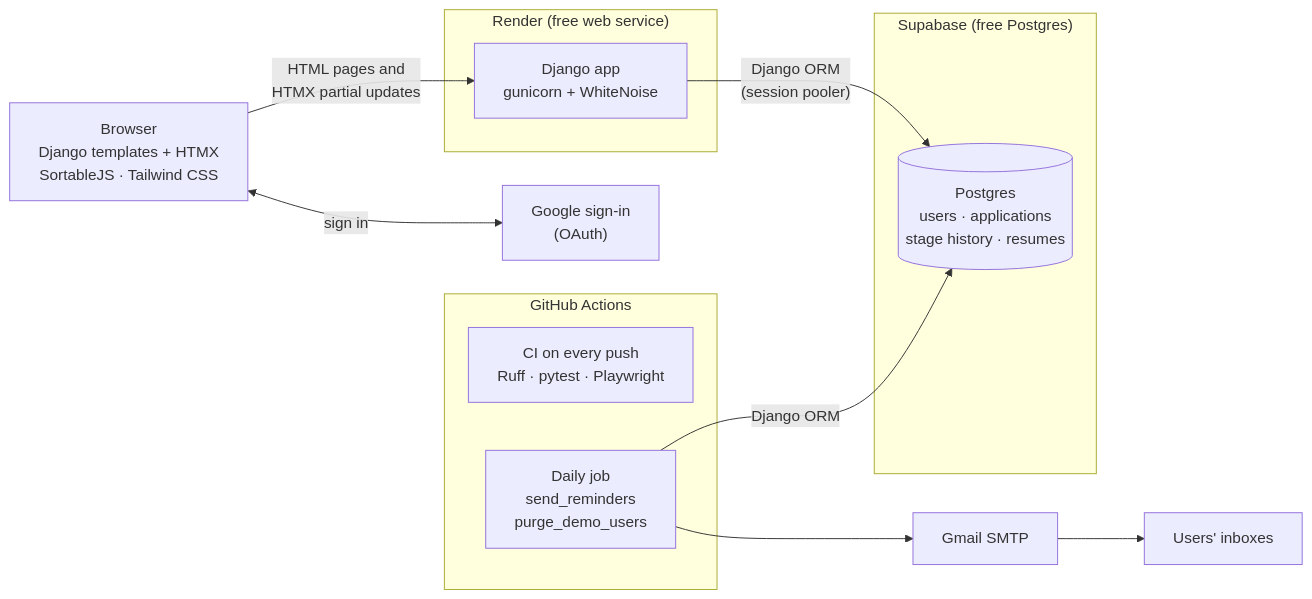
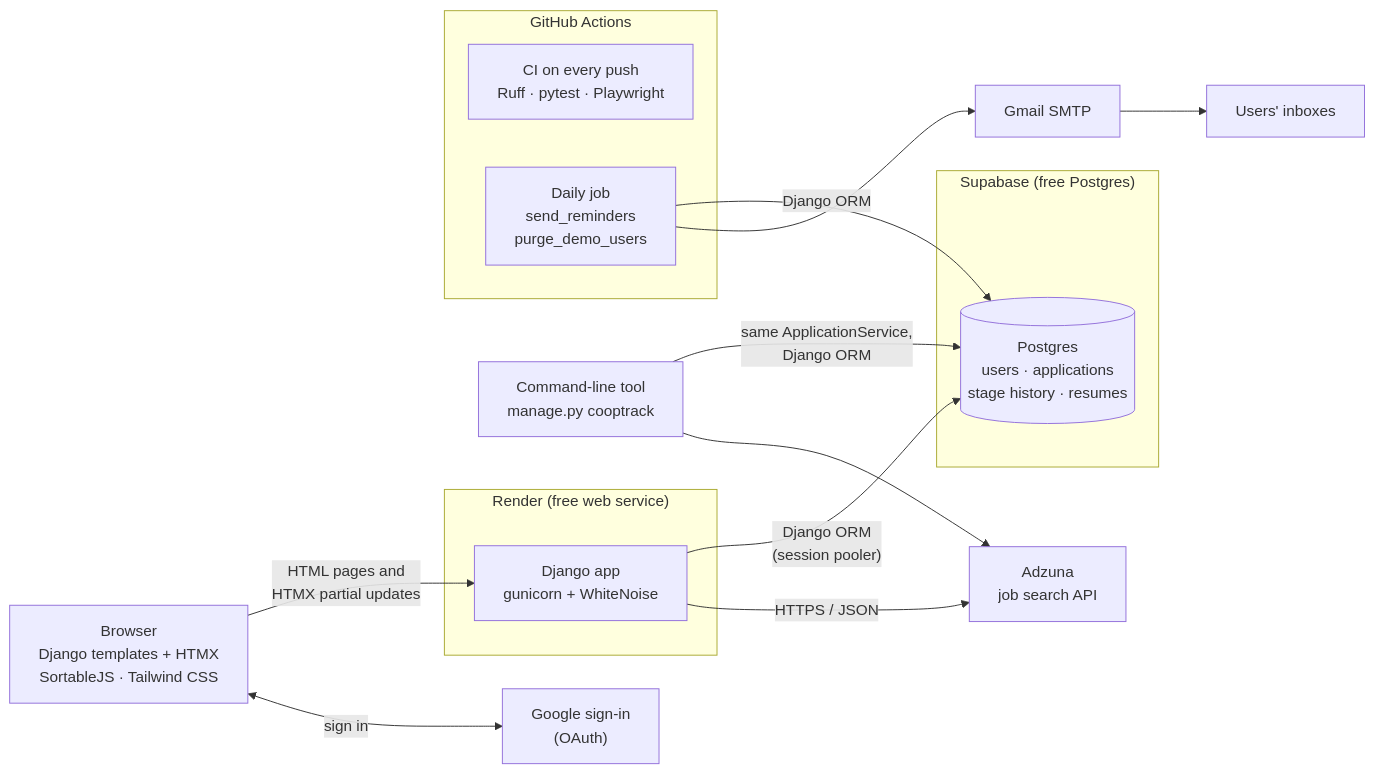
Before and after one commit to saeedbeingsaeed/CoopTrack: the diagram in README.md, drawn with Mermaid. The commit also changed other lines of this file and 50 other files, not shown here.

Commit message:
Add job search, stage rules with undo, and a command-line interface

````diff
--- a/README.md
+++ b/README.md
@@ -39,27 +50,32 @@
 ```mermaid
 flowchart LR
     browser["Browser<br/>Django templates + HTMX<br/>SortableJS · Tailwind CSS"]
 
     subgraph render["Render (free web service)"]
         app["Django app<br/>gunicorn + WhiteNoise"]
     end
 
     subgraph supabase["Supabase (free Postgres)"]
         db[("Postgres<br/>users · applications<br/>stage history · resumes")]
     end
 
     subgraph actions["GitHub Actions"]
         ci["CI on every push<br/>Ruff · pytest · Playwright"]
         cron["Daily job<br/>send_reminders<br/>purge_demo_users"]
     end
 
+    cli["Command-line tool<br/>manage.py cooptrack"]
+    adzuna["Adzuna<br/>job search API"]
     google["Google sign-in<br/>(OAuth)"]
     gmail["Gmail SMTP"]
     inbox["Users' inboxes"]
 
     browser -- "HTML pages and<br/>HTMX partial updates" --> app
     app -- "Django ORM<br/>(session pooler)" --> db
+    app -- "HTTPS / JSON" --> adzuna
+    cli -- "same ApplicationService,<br/>Django ORM" --> db
+    cli --> adzuna
     browser <-- "sign in" --> google
     cron -- "Django ORM" --> db
     cron --> gmail --> inbox
 ```
````
